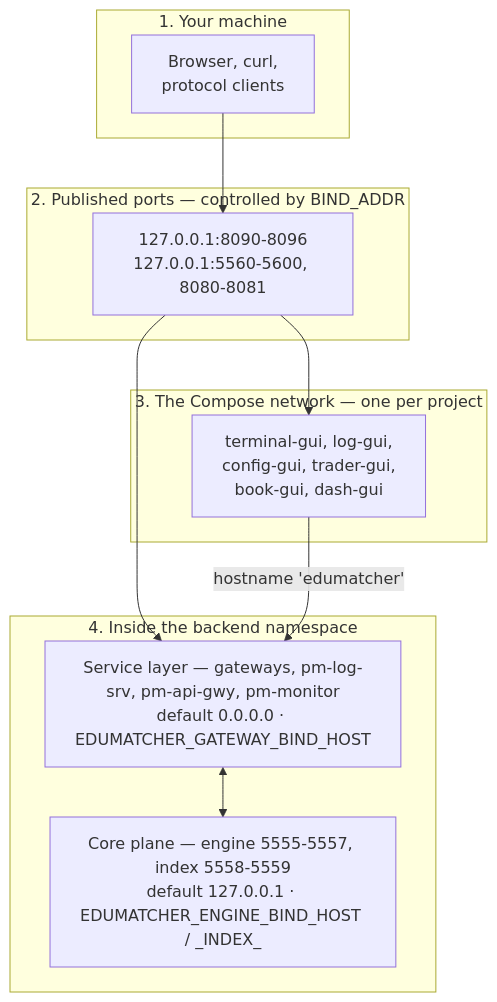
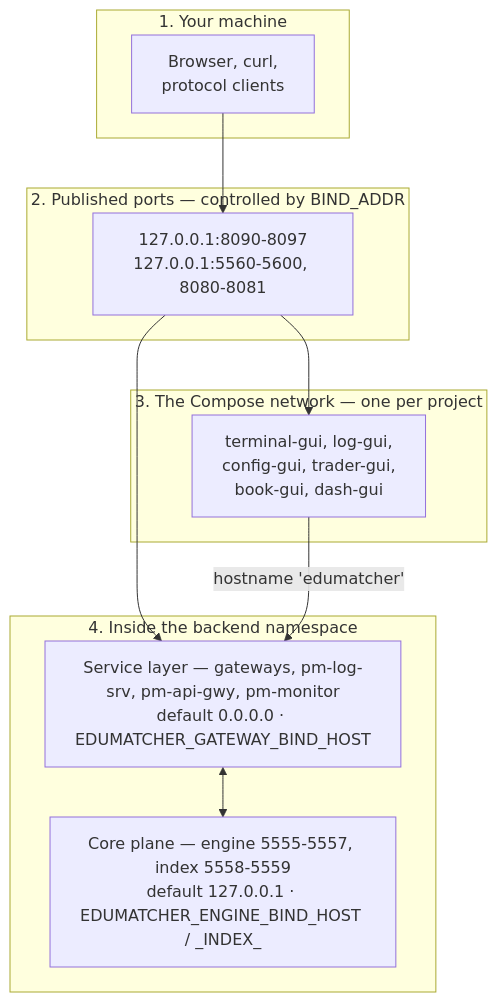
The third of 8 diagrams in docs/books/architecture-and-development/part-4-developing/050-containers-and-networks.md (johan162/EduMatcher), drawn with Mermaid before and after one commit. The commit also changed other lines of this file and 39 other files, not shown here.

````diff
--- a/docs/books/architecture-and-development/part-4-developing/050-containers-and-networks.md
+++ b/docs/books/architecture-and-development/part-4-developing/050-containers-and-networks.md
@@ -216,22 +217,22 @@
 ```mermaid
 flowchart TB
     subgraph L1["1. Your machine"]
         BR["Browser, curl,\nprotocol clients"]
     end
     subgraph L2["2. Published ports — controlled by BIND_ADDR"]
-        P["127.0.0.1:8090-8096\n127.0.0.1:5560-5600, 8080-8081"]
+        P["127.0.0.1:8090-8097\n127.0.0.1:5560-5600, 8080-8081"]
     end
     subgraph L3["3. The Compose network — one per project"]
         G["terminal-gui, log-gui,\nconfig-gui, trader-gui,\nbook-gui, dash-gui"]
     end
     subgraph L4["4. Inside the backend namespace"]
         GW["Service layer — gateways, pm-log-srv, pm-api-gwy, pm-monitor\ndefault 0.0.0.0 · EDUMATCHER_GATEWAY_BIND_HOST"]
         BUS["Core plane — engine 5555-5557, index 5558-5559\ndefault 127.0.0.1 · EDUMATCHER_ENGINE_BIND_HOST / _INDEX_"]
     end
 
     BR --> P
     P --> G
     P --> GW
     G -->|"hostname 'edumatcher'"| GW
     GW <--> BUS
 ```
````
